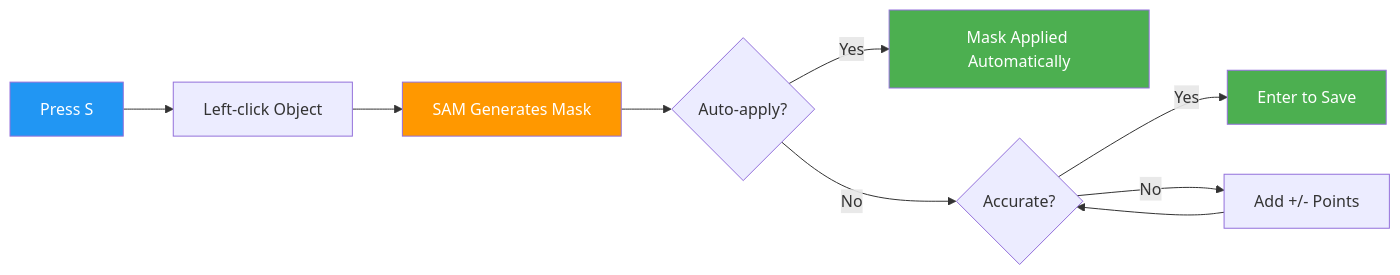
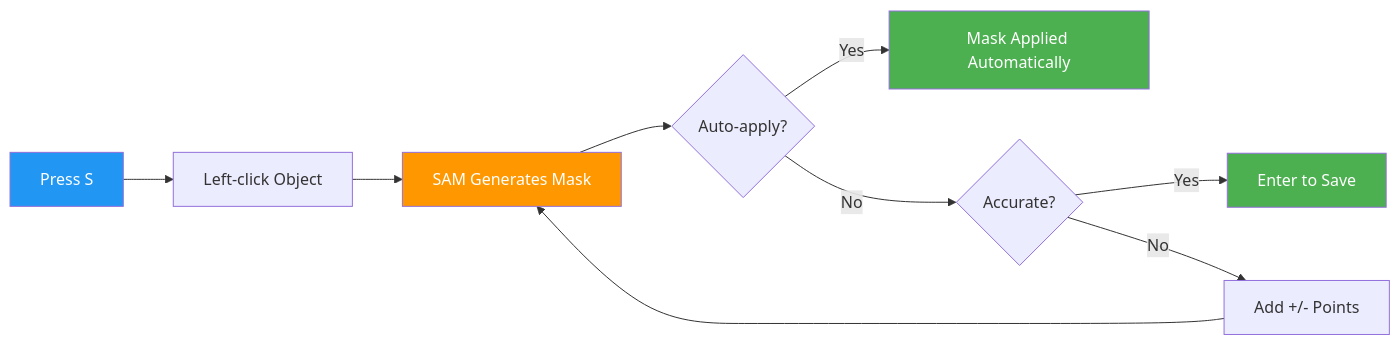
One commit to ultralytics/ultralytics changed the third of 3 diagrams in docs/en/platform/data/annotation.md. Above: the diagram before and after it, drawn with Mermaid. The commit also changed other lines of this file, not shown here.

Commit message:
Smart mode flow fix

````diff
--- a/docs/en/platform/data/annotation.md
+++ b/docs/en/platform/data/annotation.md
@@ -239,16 +239,16 @@
 ```mermaid
 graph LR
     A[Press S] --> B[Left-click Object]
     B --> C[SAM Generates Mask]
     C --> D{Auto-apply?}
     D -->|Yes| E[Mask Applied Automatically]
     D -->|No| F{Accurate?}
     F -->|Yes| G[Enter to Save]
     F -->|No| H[Add +/- Points]
-    H --> F
+    H --> C
 
     style A fill:#2196F3,color:#fff
     style C fill:#FF9800,color:#fff
     style E fill:#4CAF50,color:#fff
     style G fill:#4CAF50,color:#fff
 ```
````
